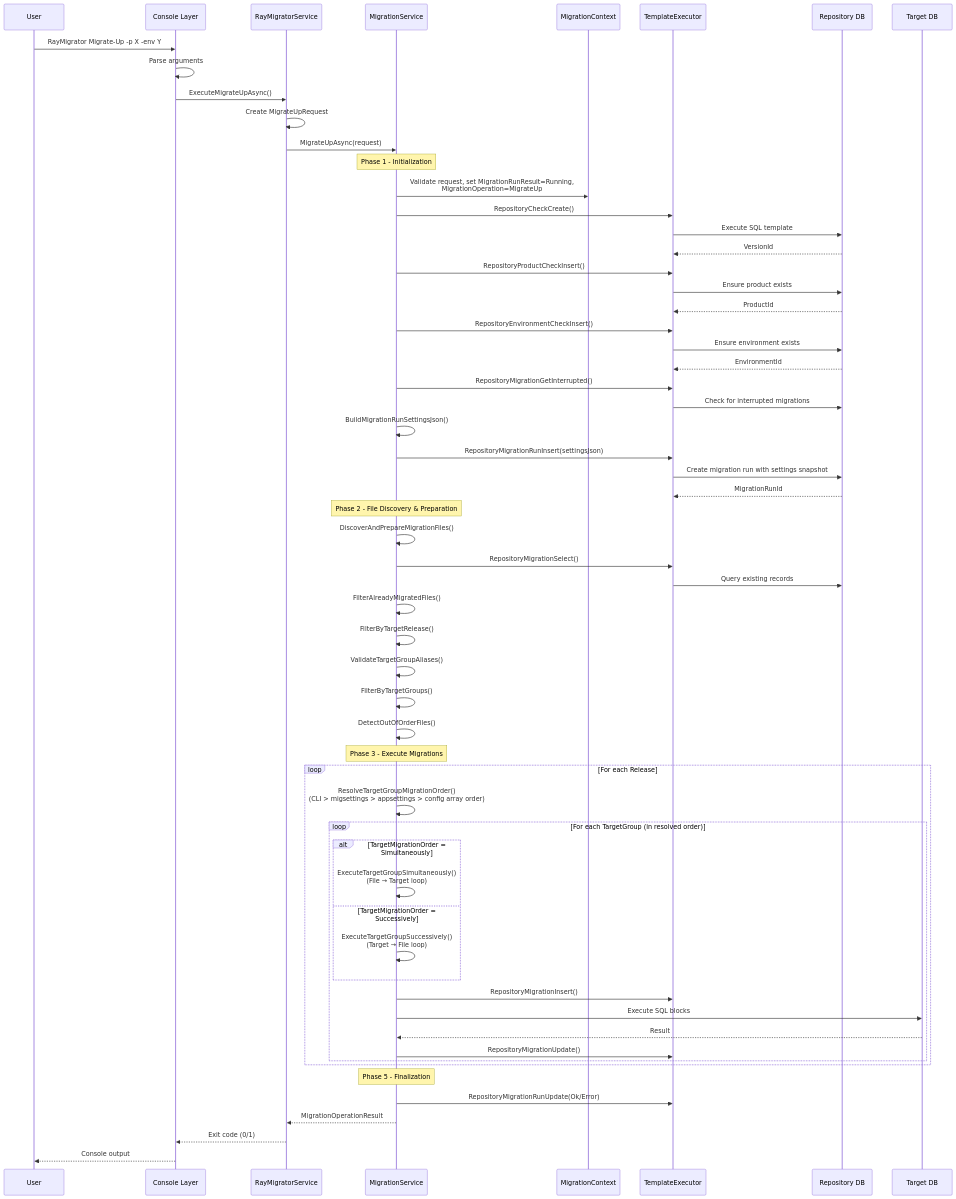
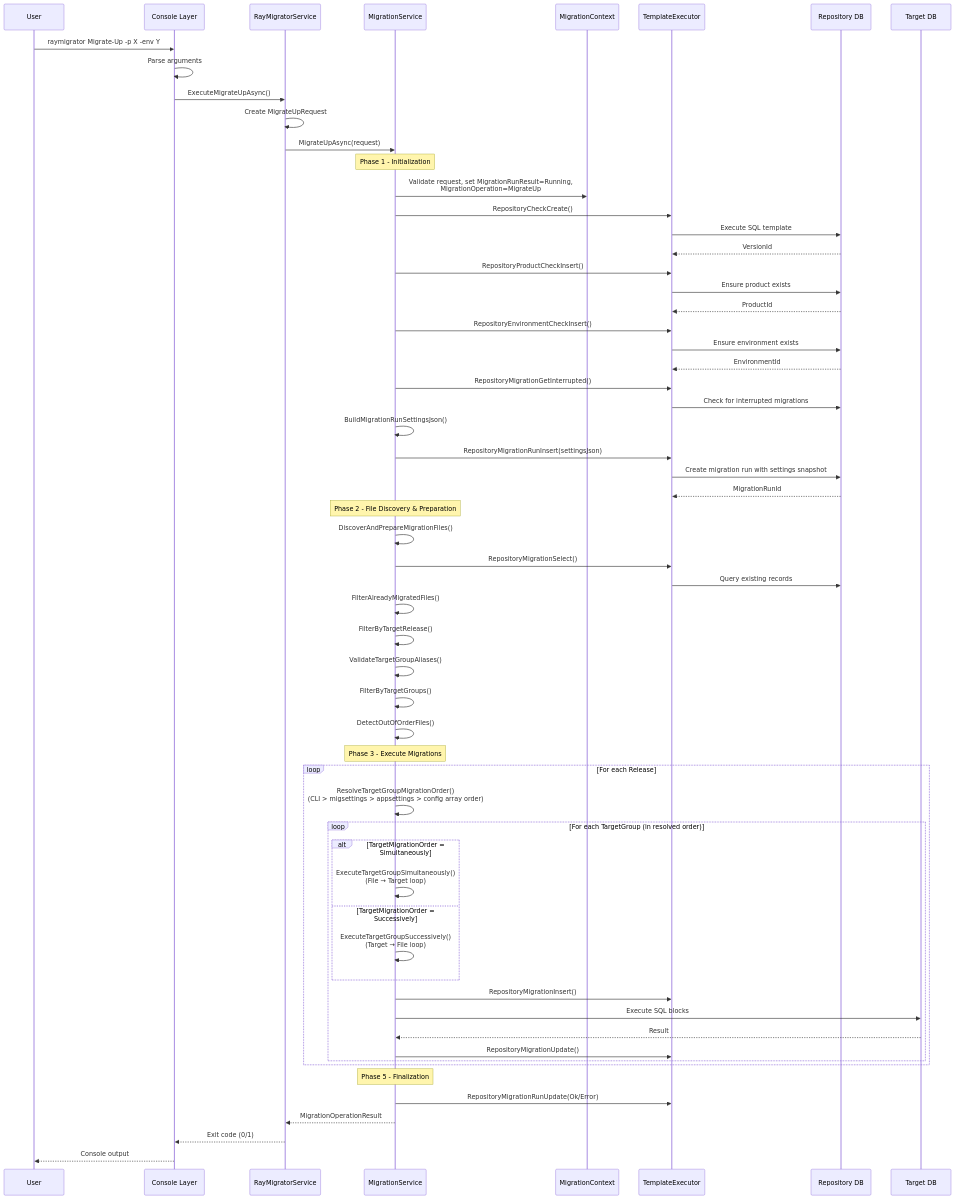
Before and after one commit to RAYCOON/RayMigrator: the first of 8 diagrams in Docs/01-architecture/data-flow.md, drawn with Mermaid. The commit also changed 38 other files, not shown here.

First line of the commit message:
Rename the CLI executable to lowercase raymigrator (#1)

````diff
--- a/Docs/01-architecture/data-flow.md
+++ b/Docs/01-architecture/data-flow.md
@@ -7,73 +7,73 @@
 ```mermaid
 sequenceDiagram
     participant User
     participant CLI as Console Layer
     participant Bridge as RayMigratorService
     participant Svc as MigrationService
     participant Ctx as MigrationContext
     participant Tmpl as TemplateExecutor
     participant Repo as Repository DB
     participant Target as Target DB
 
-    User->>CLI: RayMigrator Migrate-Up -p X -env Y
+    User->>CLI: raymigrator Migrate-Up -p X -env Y
 
     CLI->>CLI: Parse arguments
     CLI->>Bridge: ExecuteMigrateUpAsync()
 
     Bridge->>Bridge: Create MigrateUpRequest
     Bridge->>Svc: MigrateUpAsync(request)
 
     Note over Svc: Phase 1 - Initialization
     Svc->>Ctx: Validate request, set MigrationRunResult=Running,<br/>MigrationOperation=MigrateUp
     Svc->>Tmpl: RepositoryCheckCreate()
     Tmpl->>Repo: Execute SQL template
     Repo-->>Tmpl: VersionId
 
     Svc->>Tmpl: RepositoryProductCheckInsert()
     Tmpl->>Repo: Ensure product exists
     Repo-->>Tmpl: ProductId
 
     Svc->>Tmpl: RepositoryEnvironmentCheckInsert()
     Tmpl->>Repo: Ensure environment exists
     Repo-->>Tmpl: EnvironmentId
 
     Svc->>Tmpl: RepositoryMigrationGetInterrupted()
     Tmpl->>Repo: Check for interrupted migrations
 
     Svc->>Svc: BuildMigrationRunSettingsJson()
     Svc->>Tmpl: RepositoryMigrationRunInsert(settingsJson)
     Tmpl->>Repo: Create migration run with settings snapshot
     Repo-->>Tmpl: MigrationRunId
 
     Note over Svc: Phase 2 - File Discovery & Preparation
     Svc->>Svc: DiscoverAndPrepareMigrationFiles()
     Svc->>Tmpl: RepositoryMigrationSelect()
     Tmpl->>Repo: Query existing records
     Svc->>Svc: FilterAlreadyMigratedFiles()
     Svc->>Svc: FilterByTargetRelease()
     Svc->>Svc: ValidateTargetGroupAliases()
     Svc->>Svc: FilterByTargetGroups()
     Svc->>Svc: DetectOutOfOrderFiles()
 
     Note over Svc: Phase 3 - Execute Migrations
     loop For each Release
         Svc->>Svc: ResolveTargetGroupMigrationOrder()<br/>(CLI > migsettings > appsettings > config array order)
         loop For each TargetGroup (in resolved order)
             alt TargetMigrationOrder = Simultaneously
                 Svc->>Svc: ExecuteTargetGroupSimultaneously()<br/>(File → Target loop)
             else TargetMigrationOrder = Successively
                 Svc->>Svc: ExecuteTargetGroupSuccessively()<br/>(Target → File loop)
             end
             Svc->>Tmpl: RepositoryMigrationInsert()
             Svc->>Target: Execute SQL blocks
             Target-->>Svc: Result
             Svc->>Tmpl: RepositoryMigrationUpdate()
         end
     end
 
     Note over Svc: Phase 5 - Finalization
     Svc->>Tmpl: RepositoryMigrationRunUpdate(Ok/Error)
     Svc-->>Bridge: MigrationOperationResult
     Bridge-->>CLI: Exit code (0/1)
     CLI-->>User: Console output
 ```
````
